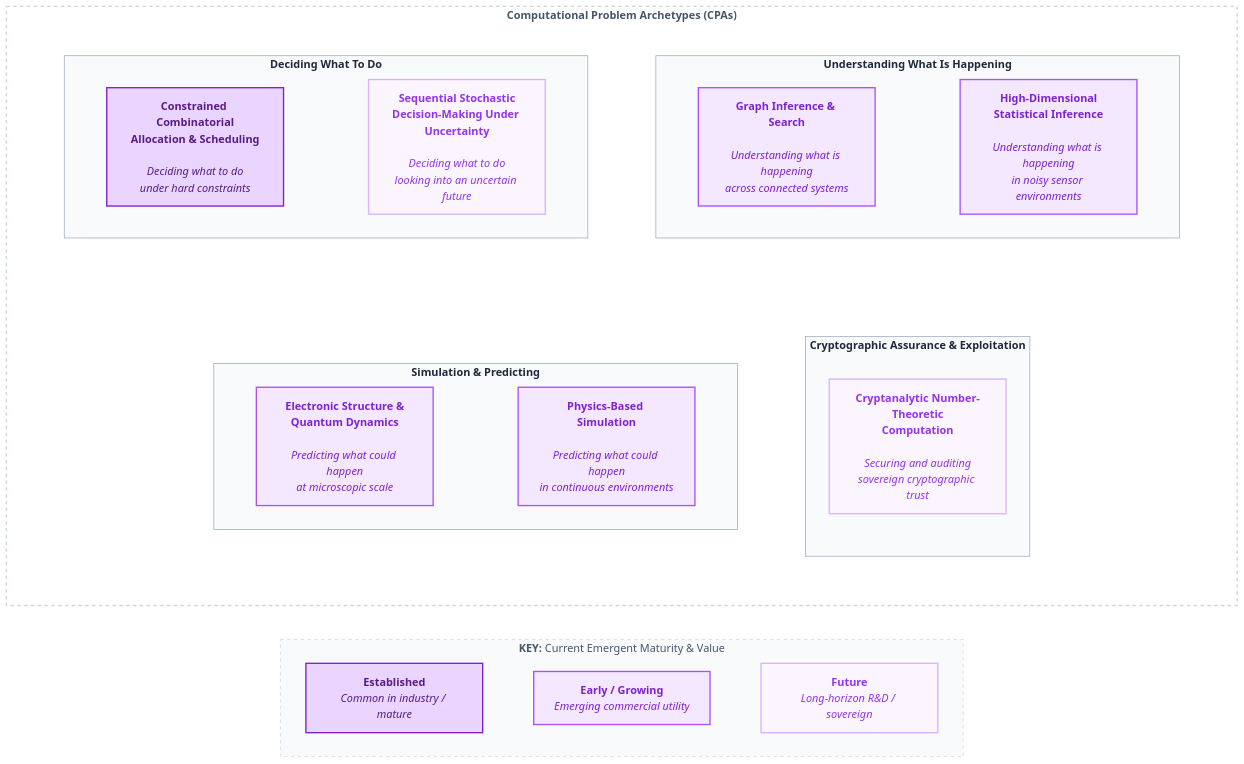
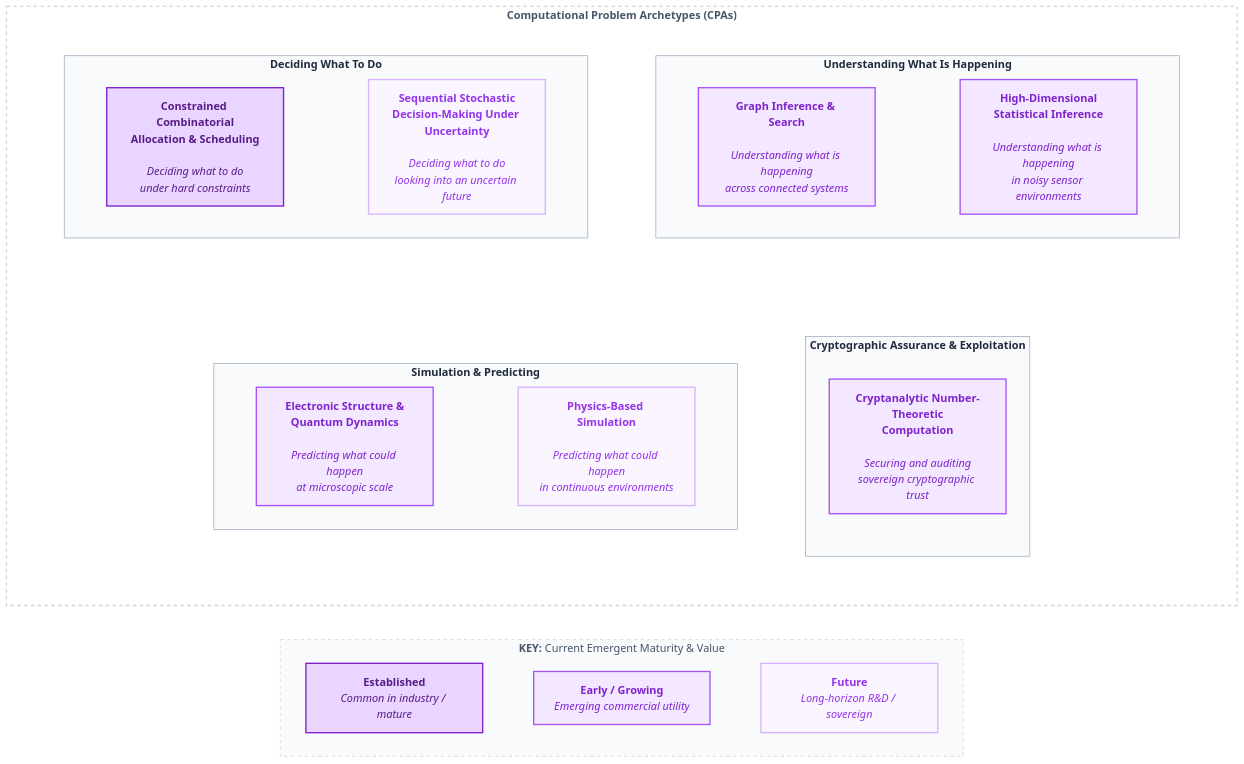
The second of 6 diagrams in quantum/The_Emergent_Algorithmic_Bridge.md (baddogdown/knowledge), drawn with Mermaid before and after one commit. The commit also changed other lines of this file, not shown here.

````diff
--- a/quantum/The_Emergent_Algorithmic_Bridge.md
+++ b/quantum/The_Emergent_Algorithmic_Bridge.md
@@ -125,71 +125,71 @@
 ```mermaid
 flowchart TB
 
     subgraph CPAS ["<b>Computational Problem Archetypes (CPAs)</b>"]
         direction TB
         
         %% Top Row (2 Boxes)
         subgraph ROW1 [" "]
             direction LR
             subgraph G1 ["<b>Deciding What To Do</b>"]
                 direction LR
                 CPA1["<b>Constrained Combinatorial<br/>Allocation & Scheduling</b><br/><br/><i>Deciding what to do<br/>under hard constraints</i>"]
                 CPA2["<b>Sequential Stochastic<br/>Decision-Making Under Uncertainty</b><br/><br/><i>Deciding what to do<br/>looking into an uncertain future</i>"]
                 CPA1 ~~~ CPA2
             end
             subgraph G2 ["<b>Understanding What Is Happening</b>"]
                 direction LR
                 CPA3["<b>Graph Inference & Search</b><br/><br/><i>Understanding what is happening<br/>across connected systems</i>"]
                 CPA4["<b>High-Dimensional<br/>Statistical Inference</b><br/><br/><i>Understanding what is happening<br/>in noisy sensor environments</i>"]
                 CPA3 ~~~ CPA4
             end
             G1 ~~~ G2
         end
 
         %% Bottom Row (2 Boxes)
         subgraph ROW2 [" "]
             direction LR
             subgraph G3 ["<b>Simulation & Predicting</b>"]
                 direction LR
                 CPA5["<b>Electronic Structure &<br/>Quantum Dynamics</b><br/><br/><i>Predicting what could happen<br/>at microscopic scale</i>"]
-                CPA7["<b>Physics-Based Simulation</b><br/><br/><i>Predicting what could happen<br/>in continuous environments</i>"]
-                CPA5 ~~~ CPA7
+                CPA6["<b>Physics-Based Simulation</b><br/><br/><i>Predicting what could happen<br/>in continuous environments</i>"]
+                CPA5 ~~~ CPA6
             end
             subgraph G4 ["<b>Cryptographic Assurance & Exploitation</b>"]
                 direction TB
-                CPA6["<b>Cryptanalytic Number-Theoretic<br/>Computation</b><br/><br/><i>Securing and auditing<br/>sovereign cryptographic trust</i>"]
+                CPA7["<b>Cryptanalytic Number-Theoretic<br/>Computation</b><br/><br/><i>Securing and auditing<br/>sovereign cryptographic trust</i>"]
             end
             G3 ~~~ G4
         end
 
         ROW1 ~~~ ROW2
     end
 
     subgraph KEY ["<b>KEY:</b> Current Emergent Maturity & Value"]
         direction LR
         K1["<b>Established</b><br/><i>Common in industry / mature</i>"]
         K2["<b>Early / Growing</b><br/><i>Emerging commercial utility</i>"]
         K3["<b>Future</b><br/><i>Long-horizon R&D / sovereign</i>"]
         K1 ~~~ K2 ~~~ K3
     end
 
     CPAS ~~~ KEY
 
     %% Styling Classes for Maturity
     classDef strong fill:#e9d5ff,stroke:#7e22ce,stroke-width:2px,color:#581c87
     classDef medium fill:#f3e8ff,stroke:#a855f7,stroke-width:2px,color:#7e22ce
     classDef weak fill:#faf5ff,stroke:#d8b4fe,stroke-width:2px,color:#9333ea
 
     class CPA1,K1 strong
     class CPA3,CPA4,CPA5,CPA7,K2 medium
     class CPA2,CPA6,K3 weak
 
     style CPAS fill:#ffffff,stroke:#cbd5e1,stroke-width:2px,stroke-dasharray: 5 5,color:#475569
     style ROW1 fill:none,stroke:none
     style ROW2 fill:none,stroke:none
     style G1 fill:#f8fafc,stroke:#94a3b8,stroke-width:1px,color:#1e293b
     style G2 fill:#f8fafc,stroke:#94a3b8,stroke-width:1px,color:#1e293b
     style G3 fill:#f8fafc,stroke:#94a3b8,stroke-width:1px,color:#1e293b
     style G4 fill:#f8fafc,stroke:#94a3b8,stroke-width:1px,color:#1e293b
     style KEY fill:#f8fafc,stroke:#cbd5e1,stroke-width:1px,stroke-dasharray: 5 5,color:#475569
 ```
````
